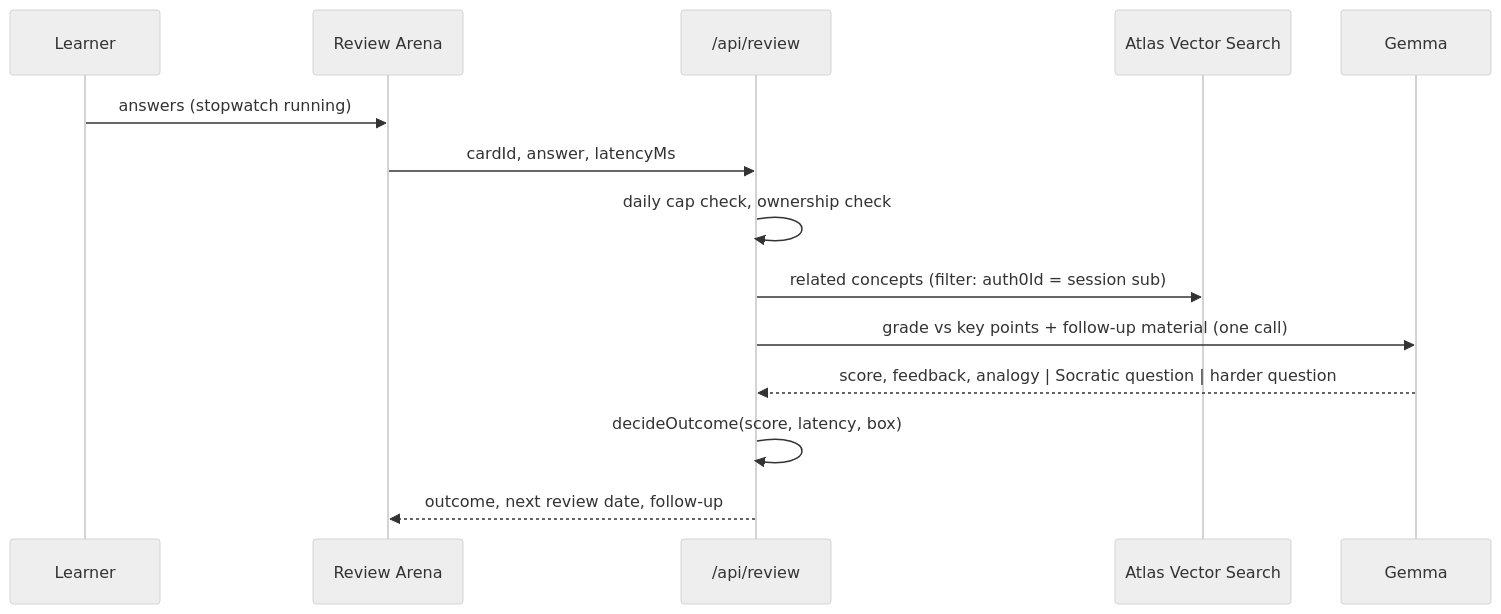
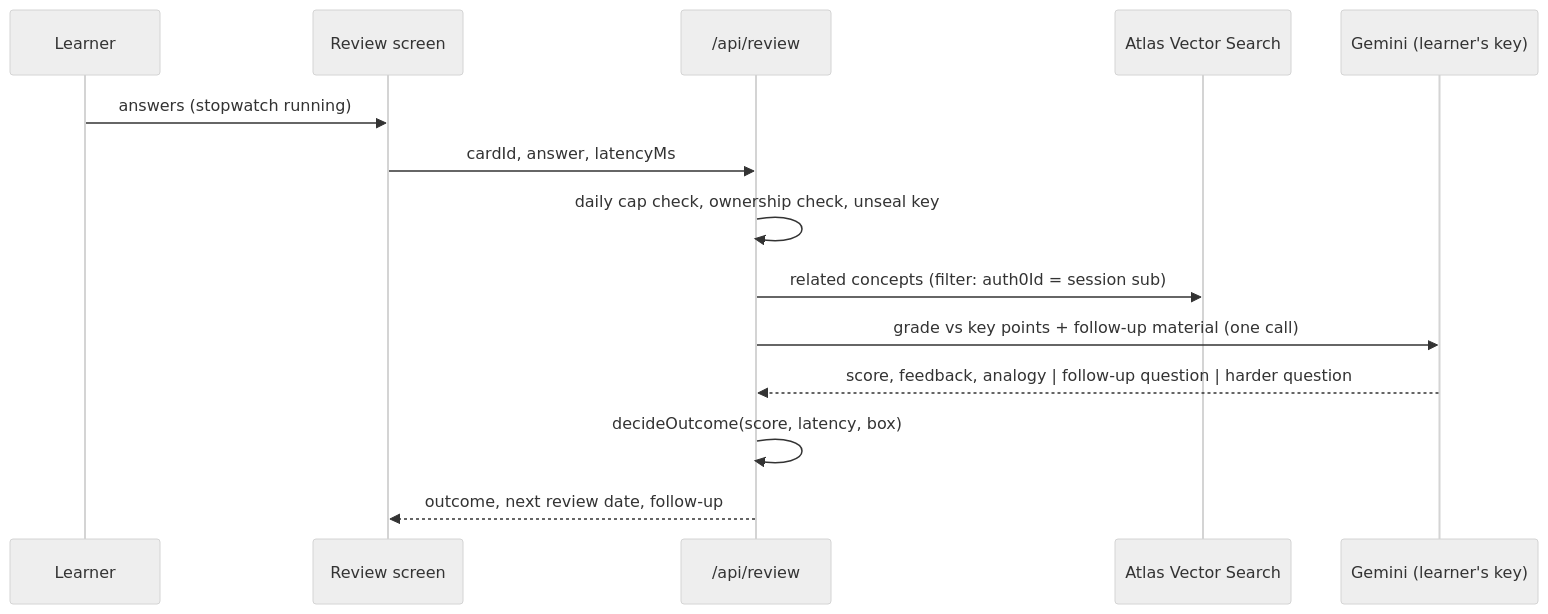
Before and after one commit to realarbird/Deep-Retrain: the second of 2 diagrams in README.md, drawn with Mermaid (neutral theme). The commit also changed other lines of this file and 57 other files, not shown here.

````diff
--- a/README.md
+++ b/README.md
@@ -71,16 +83,16 @@
 ```mermaid
 sequenceDiagram
   participant U as Learner
-  participant A as Review Arena
+  participant A as Review screen
   participant S as /api/review
   participant V as Atlas Vector Search
-  participant G as Gemma
+  participant G as Gemini (learner's key)
   U->>A: answers (stopwatch running)
   A->>S: cardId, answer, latencyMs
-  S->>S: daily cap check, ownership check
+  S->>S: daily cap check, ownership check, unseal key
   S->>V: related concepts (filter: auth0Id = session sub)
   S->>G: grade vs key points + follow-up material (one call)
-  G-->>S: score, feedback, analogy | Socratic question | harder question
+  G-->>S: score, feedback, analogy | follow-up question | harder question
   S->>S: decideOutcome(score, latency, box)
   S-->>A: outcome, next review date, follow-up
 ```
````
